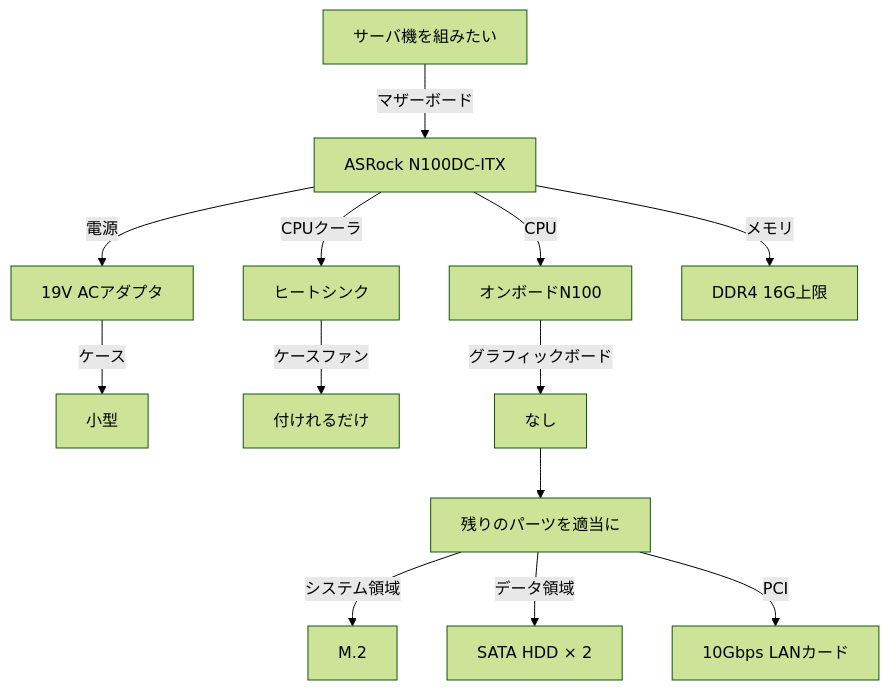
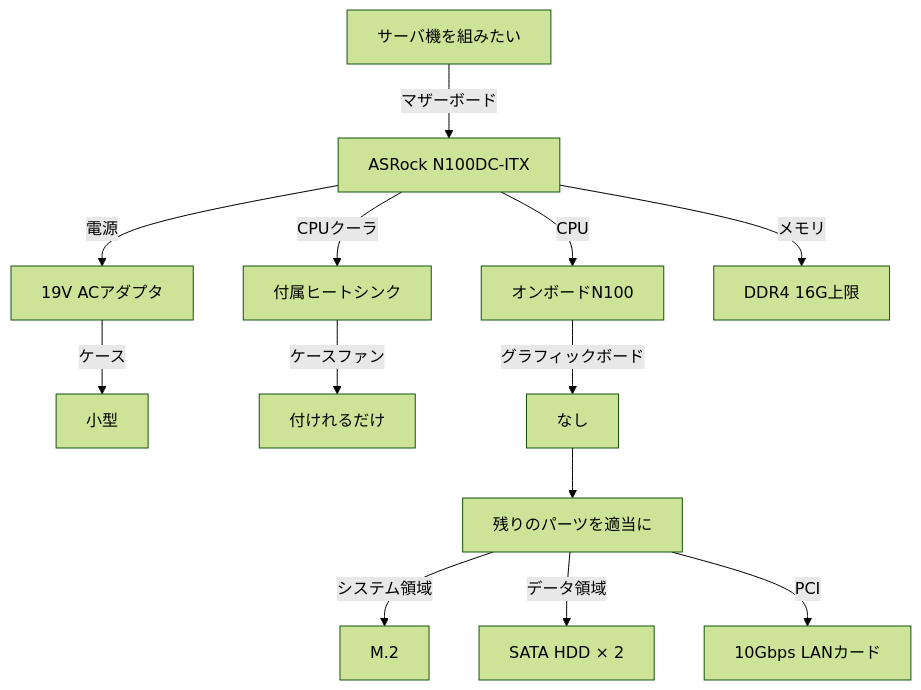
The third of 4 diagrams in docs/building_pc.md (keimochizuki/lab_tech_note), drawn with Mermaid (forest theme) before and after one commit. The commit also changed other lines of this file, not shown here.

````diff
--- a/docs/building_pc.md
+++ b/docs/building_pc.md
@@ -128,15 +131,15 @@
 ```mermaid
 flowchart TD;
 Start["サーバ機を組みたい"]--"マザーボード"-->Motherboard["ASRock N100DC-ITX"];
 Motherboard--"電源"-->Power["19V ACアダプタ"];
 Power--"ケース"-->Chassis["小型"];
-Motherboard--"CPUクーラ"-->CPUcooler["ヒートシンク"];
+Motherboard--"CPUクーラ"-->CPUcooler["付属ヒートシンク"];
 CPUcooler--"ケースファン"-->Casefan["付けれるだけ"];
 Motherboard--"CPU"-->CPU["オンボードN100"];
 Motherboard--"メモリ"-->Memory["DDR4 16G上限"];
 CPU--"グラフィックボード"-->Graphicboard["なし"];
 Graphicboard-->Others["残りのパーツを適当に"];
 Others--"システム領域"-->System["M.2"];
 Others--"データ領域"-->Data["SATA HDD &times; 2"];
 Others--"PCI"-->PCI["10Gbps LANカード"];
 ```
````
